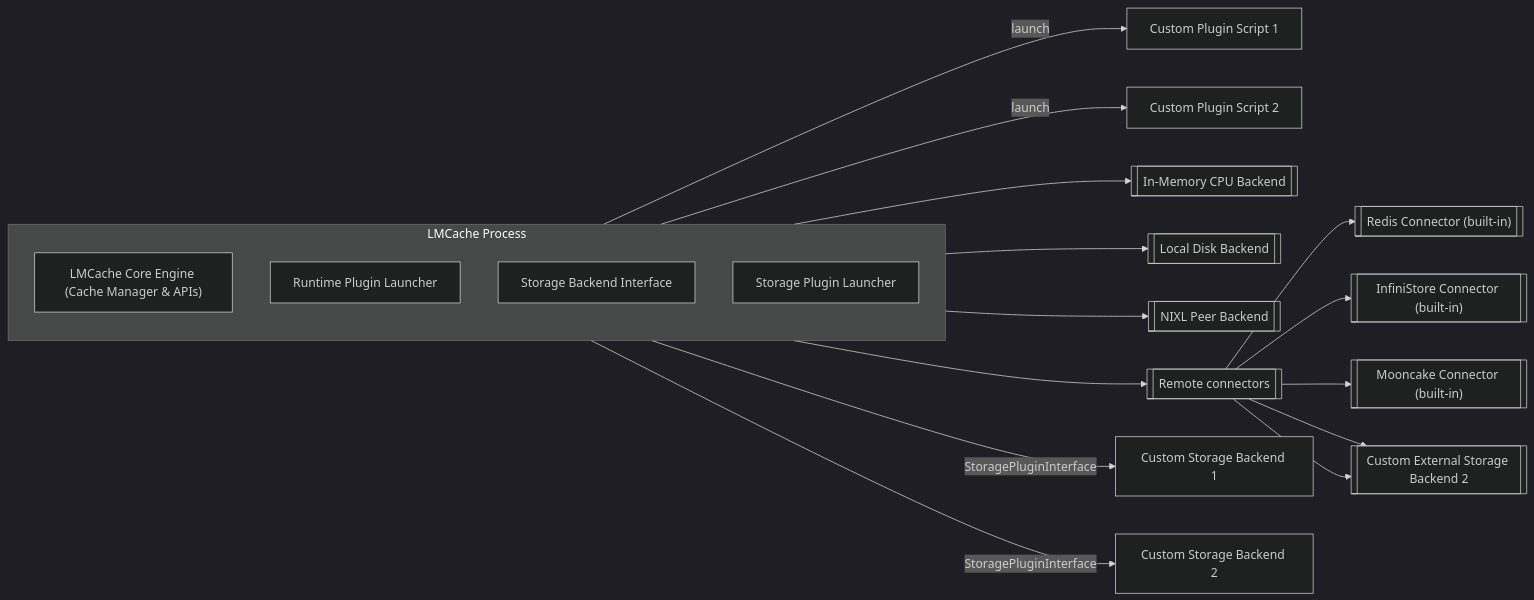
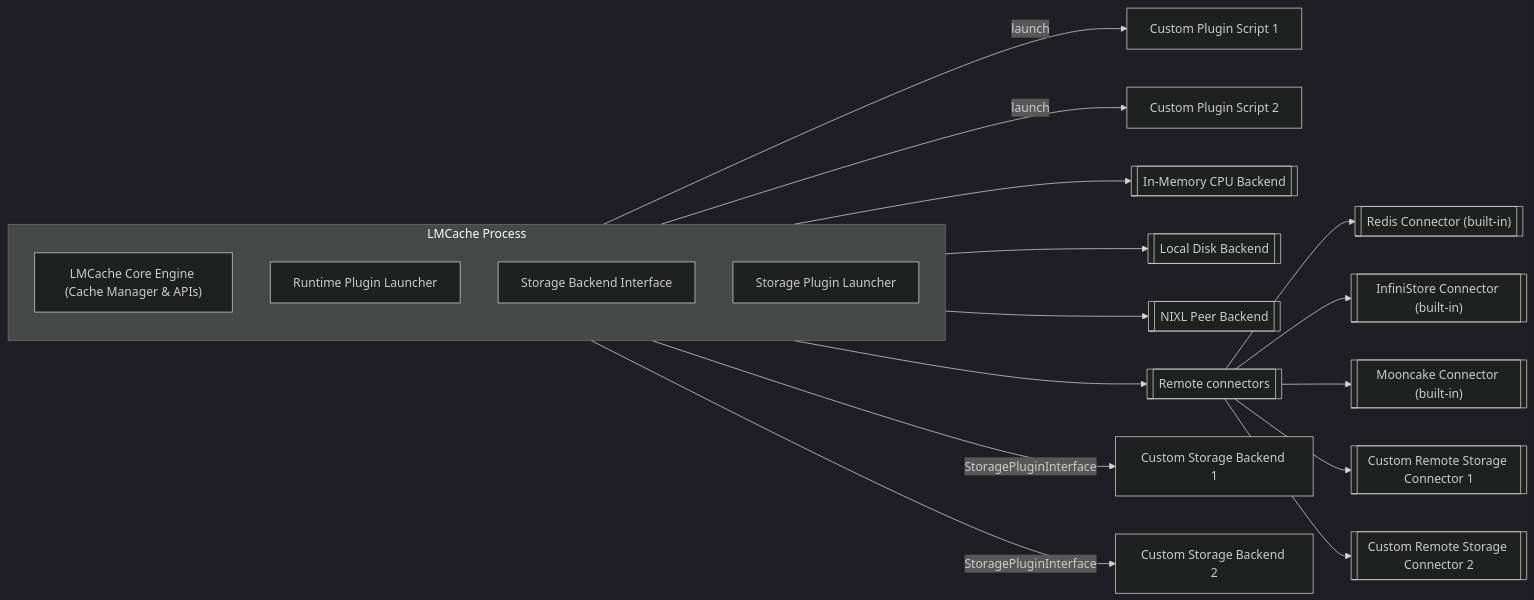
Before and after one commit to LMCache/LMCache: the diagram in docs/source/developer_guide/extending_lmcache/index.rst, drawn with Mermaid (dark theme). The commit also changed other lines of this file and 4 other files, not shown here.

First line of the commit message:
Replace external with remote

```diff
--- a/docs/source/developer_guide/extending_lmcache/index.rst
+++ b/docs/source/developer_guide/extending_lmcache/index.rst
@@ -10,27 +10,27 @@
 .. mermaid::
 
    flowchart LR
       subgraph "LMCache Process"
          direction TB
          core["LMCache Core Engine (Cache Manager & APIs)"]
          runtimePluginMgr["Runtime Plugin Launcher"]
          backendMgr["Storage Backend Interface"]
          storagePluginMgr["Storage Plugin Launcher"]
       end
 
       runtimePluginMgr -->|"launch"| plugin1["Custom Plugin Script 1"]
       runtimePluginMgr -->|"launch"| plugin2["Custom Plugin Script 2"]
 
       backendMgr --> CPUBackend[["In-Memory CPU Backend"]]
       backendMgr --> DiskBackend[["Local Disk Backend"]]
       backendMgr --> NIXLBackend[["NIXL Peer Backend"]]
       backendMgr --> RemoteBackend[["Remote connectors"]]
 
       RemoteBackend --> RedisConnector[["Redis Connector (built-in)"]]
       RemoteBackend --> InfiniConnector[["InfiniStore Connector (built-in)"]]
       RemoteBackend --> MooncakeConnector[["Mooncake Connector (built-in)"]]
-      RemoteBackend --> CustomConnector[["Custom External Storage Backend 1"]]
-      RemoteBackend --> CustomConnector[["Custom External Storage Backend 2"]]
+      RemoteBackend --> CustomConnector1[["Custom Remote Storage Connector 1"]]
+      RemoteBackend --> CustomConnector2[["Custom Remote Storage Connector 2"]]
 
       storagePluginMgr --> |"StoragePluginInterface"| strplugin1["Custom Storage Backend 1"]
       storagePluginMgr --> |"StoragePluginInterface"| strplugin2["Custom Storage Backend 2"]
```
